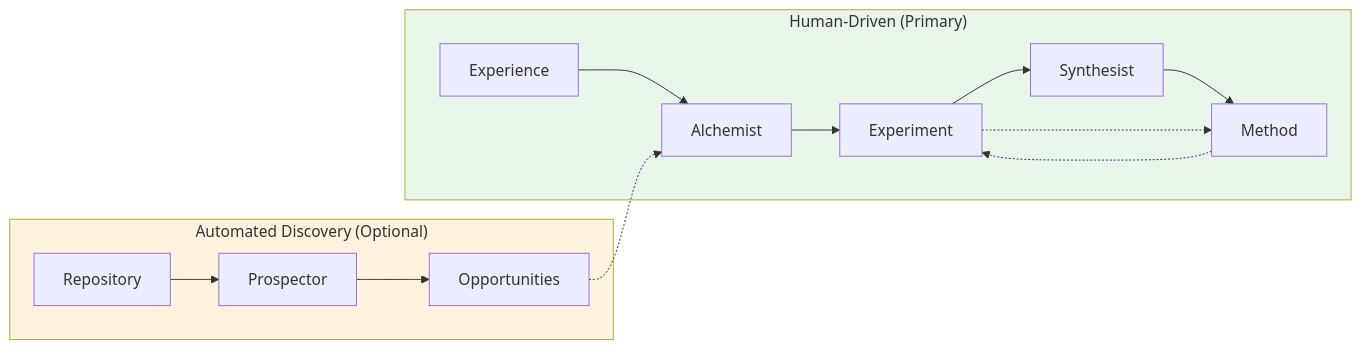
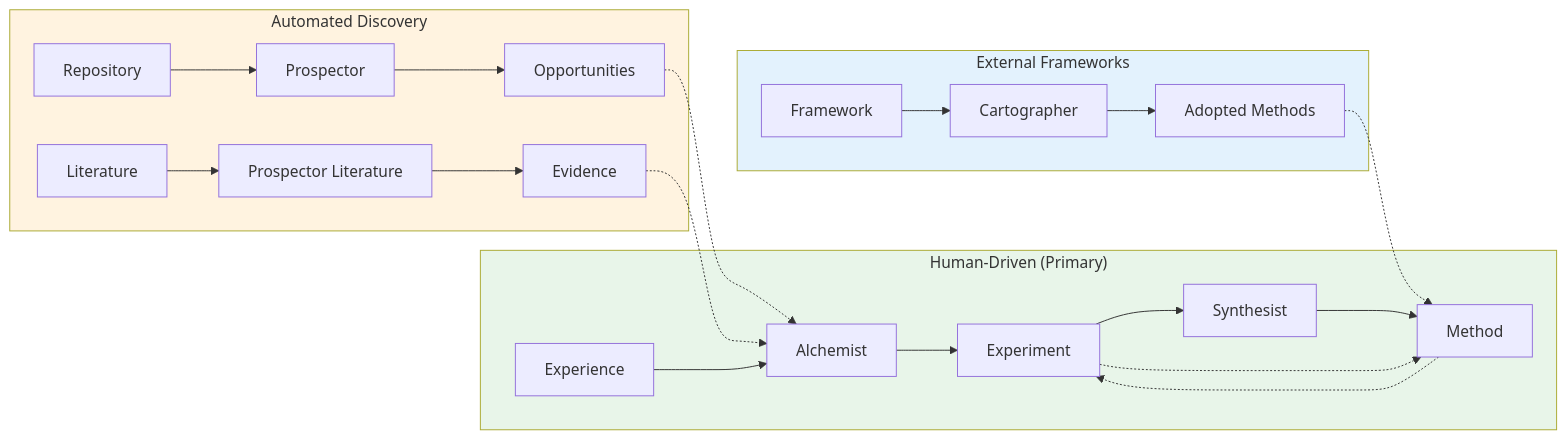
The first of 2 diagrams in docs/docs/field-guides/using-ai-agents.md (esimplicityinc/flow-optimized-engineering), drawn with Mermaid before and after one commit. The commit also changed other lines of this file, not shown here.

First line of the commit message:
docs: add Framework Cartographer and Literature Prospector to agent docs

````diff
--- a/docs/docs/field-guides/using-ai-agents.md
+++ b/docs/docs/field-guides/using-ai-agents.md
@@ -377,21 +551,31 @@
 ```mermaid
 flowchart LR
     subgraph human["Human-Driven (Primary)"]
         E[Experience] --> A[Alchemist]
         A --> X[Experiment]
         X --> S[Synthesist]
         S --> M[Method]
     end
     
-    subgraph auto["Automated Discovery (Optional)"]
+    subgraph auto["Automated Discovery"]
         R[Repository] --> P[Prospector]
         P --> O[Opportunities]
+        L[Literature] --> PL[Prospector Literature]
+        PL --> EV[Evidence]
+    end
+    
+    subgraph external["External Frameworks"]
+        F[Framework] --> C[Cartographer]
+        C --> AM[Adopted Methods]
     end
     
     O -.-> A
+    EV -.-> A
+    AM -.-> M
     M -.-> X
     X -.-> M
     
     style human fill:#e8f5e9
     style auto fill:#fff3e0
+    style external fill:#e3f2fd
 ```
````
